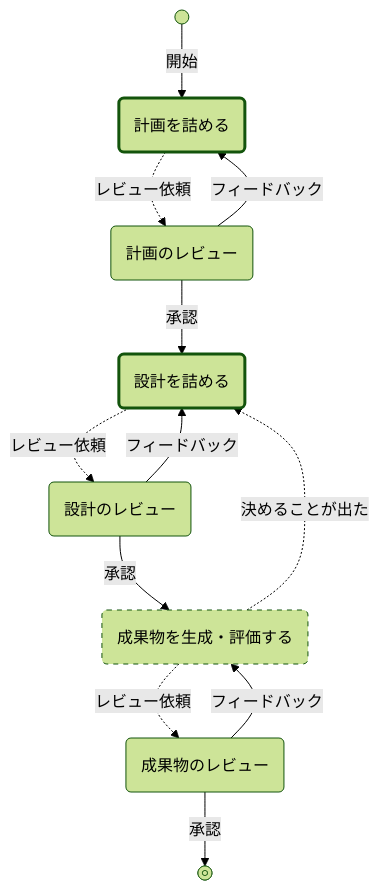
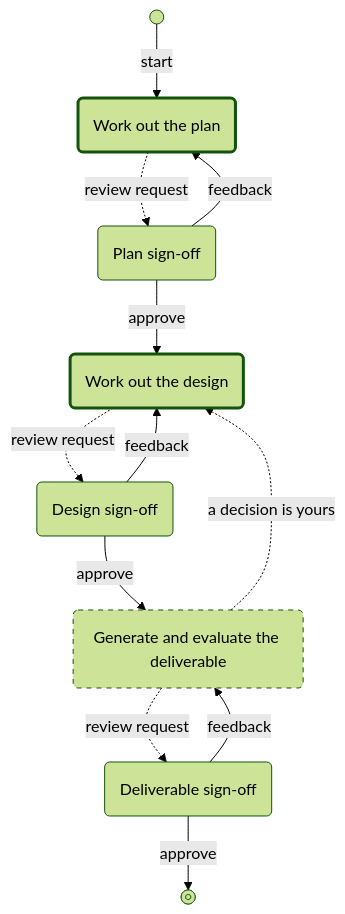
Before and after one commit to lovaizu/ccpm: the diagram in rn/README.md, drawn with Mermaid (forest theme). The commit also changed other lines of this file and 2 other files, not shown here.

Commit message:
docs(rn): README, design document, and CHANGELOG back in English now that the design is settled

````diff
--- a/rn/README.md
+++ b/rn/README.md
@@ -22,27 +27,27 @@
 ```mermaid
 flowchart TD
     S@{ shape: sm-circ }
-    PlanTalk("計画を詰める")
-    Plan("計画のレビュー")
-    DesignTalk("設計を詰める")
-    Design("設計のレビュー")
-    Make("成果物を生成・評価する")
-    Deliverable("成果物のレビュー")
+    PlanTalk("Work out the plan")
+    Plan("Plan sign-off")
+    DesignTalk("Work out the design")
+    Design("Design sign-off")
+    Make("Generate and evaluate the deliverable")
+    Deliverable("Deliverable sign-off")
     E@{ shape: fr-circ }
 
-    S -->|開始| PlanTalk
-    PlanTalk -.->|レビュー依頼| Plan
-    Plan -->|フィードバック| PlanTalk
-    Plan -->|承認| DesignTalk
-    DesignTalk -.->|レビュー依頼| Design
-    Design -->|フィードバック| DesignTalk
-    Design -->|承認| Make
-    Make -.->|決めることが出た| DesignTalk
-    Make -.->|レビュー依頼| Deliverable
-    Deliverable -->|フィードバック| Make
-    Deliverable -->|承認| E
+    S -->|start| PlanTalk
+    PlanTalk -.->|review request| Plan
+    Plan -->|feedback| PlanTalk
+    Plan -->|approve| DesignTalk
+    DesignTalk -.->|review request| Design
+    Design -->|feedback| DesignTalk
+    Design -->|approve| Make
+    Make -.->|a decision is yours| DesignTalk
+    Make -.->|review request| Deliverable
+    Deliverable -->|feedback| Make
+    Deliverable -->|approve| E
 
     style Make stroke-dasharray: 5 5
     style PlanTalk stroke-width: 3px
     style DesignTalk stroke-width: 3px
 ```
````
